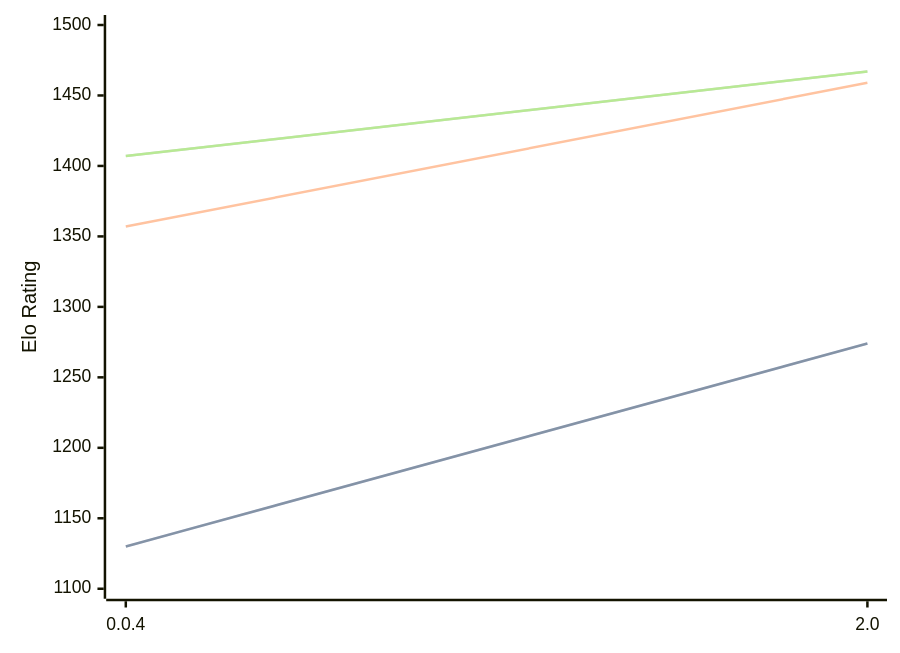
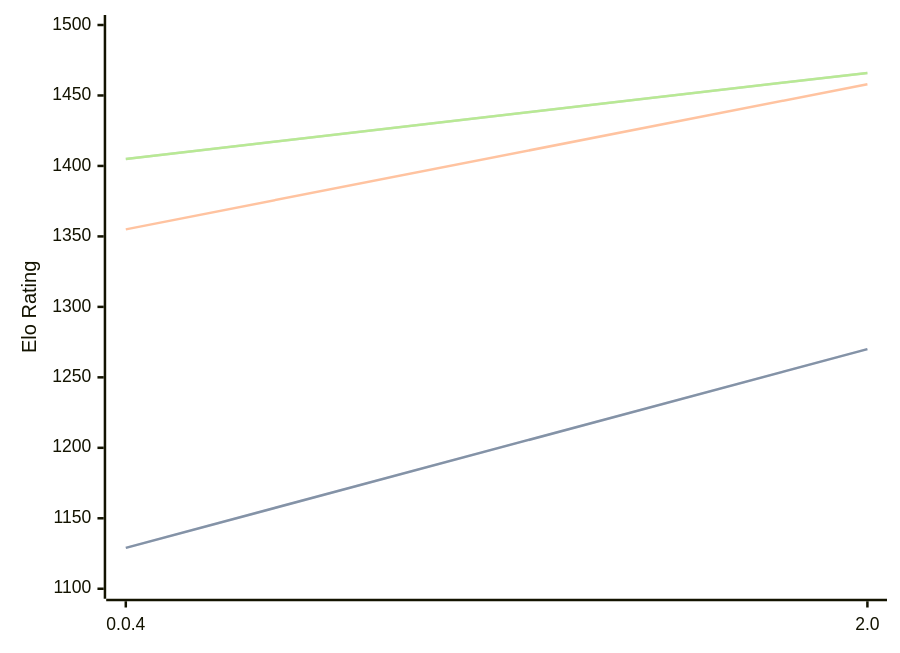
Before and after one commit to computer-chess-index/cci: the diagram in engines/Oops!Mate.md, drawn with Mermaid. The commit also changed other lines of this file, not shown here.

Commit message:
Update CCI Ratings (ELO VLTC) - 2026-06-08

````diff
--- a/engines/Oops!Mate.md
+++ b/engines/Oops!Mate.md
@@ -52,11 +52,11 @@
 ```mermaid
 %%{init: {"theme":"base","themeVariables":{"seriesColors:['#a3a3a3','#222221','#faa371']}}}%%
 xychart-beta
   x-axis ["0.0.4", "2.0"]
   y-axis "Elo Rating" 1100 --> 1500
-  line "STC (8.0+0.08s)" [1130, 1274]
-  line "STC (8.0+0.08s)" [1130, 1274]
-  line "LTC (60.0+0.60s)" [1357, 1459]
-  line "VLTC (2m24s+1.12s)" [1407, 1467]
-  line "VLTC (2m24s+1.12s)" [1407, 1467]
+  line "STC (8.0+0.08s)" [1129, 1270]
+  line "STC (8.0+0.08s)" [1129, 1270]
+  line "LTC (60.0+0.60s)" [1355, 1458]
+  line "VLTC (2m24s+1.12s)" [1405, 1466]
+  line "VLTC (2m24s+1.12s)" [1405, 1466]
 ```
````
